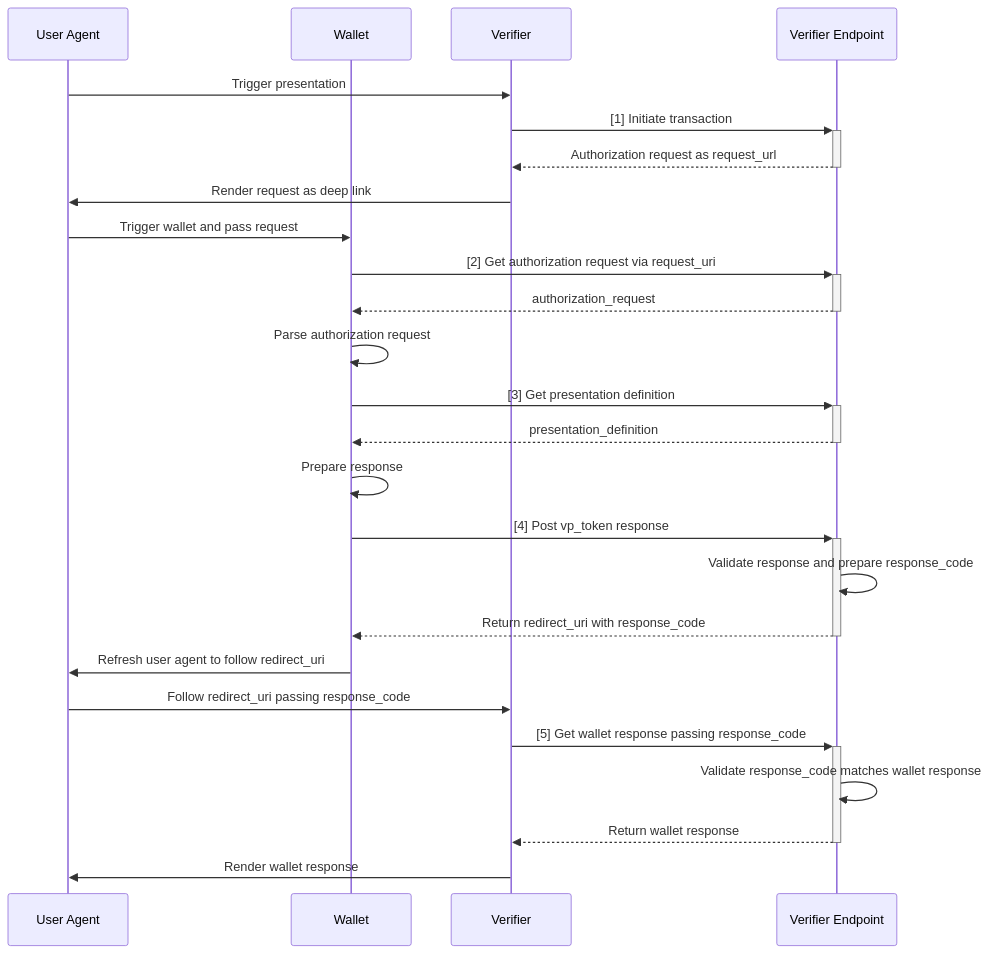
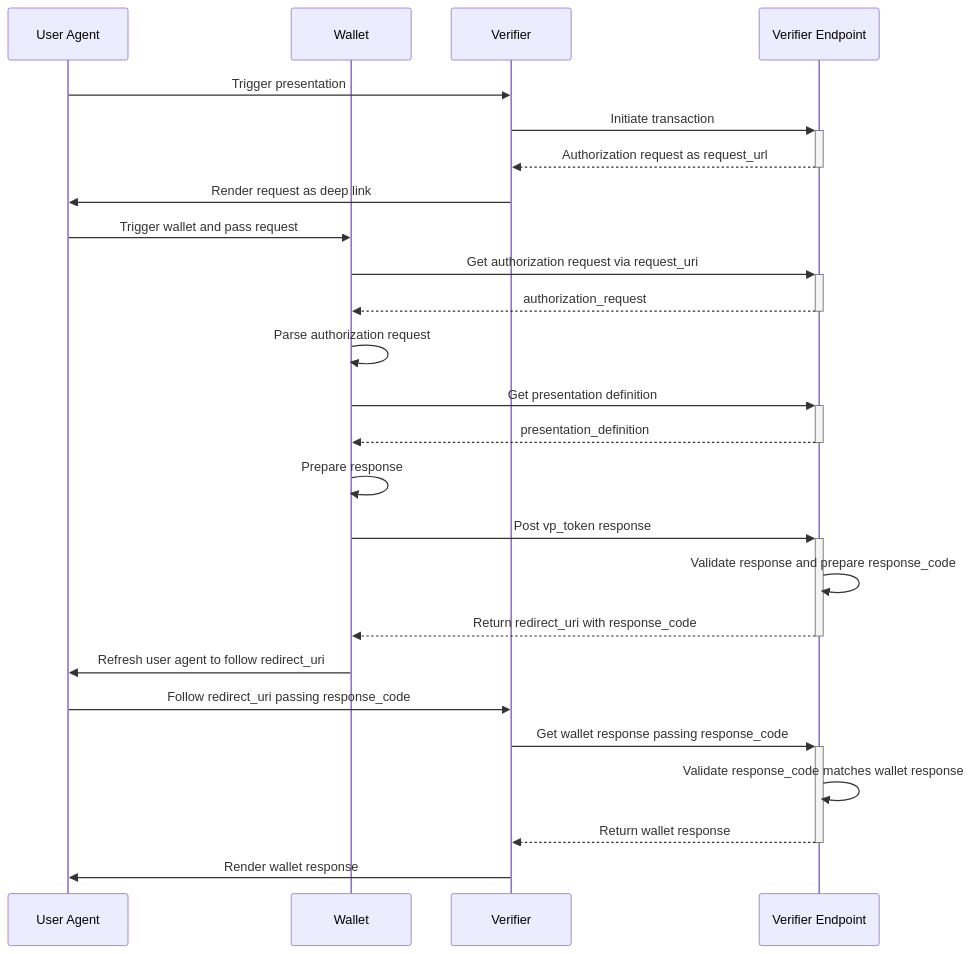
One commit to eu-digital-identity-wallet/eudi-srv-web-verifier-endpoint-23220-4-kt changed the first of 2 diagrams in README.md. Above: the diagram before and after it, drawn with Mermaid. The commit also changed other lines of this file, not shown here.

Commit message:
Remove numbers from sequence diagrams.

````diff
--- a/README.md
+++ b/README.md
@@ -68,37 +68,37 @@
 ```mermaid
 sequenceDiagram    
     participant UA as User Agent
     participant W as Wallet
     participant V as Verifier
     participant VE as Verifier Endpoint
     UA->>V: Trigger presentation 
     
-    V->>+VE: [1]    Initiate transaction
+    V->>+VE: Initiate transaction
     VE-->>-V: Authorization request as request_url
     
     V->>UA: Render request as deep link
     UA->>W: Trigger wallet and pass request
     
-    W->>+VE: [2] Get authorization request via request_uri 
+    W->>+VE: Get authorization request via request_uri 
     VE-->>-W: authorization_request
     
     W->>W: Parse authorization request
     
-    W->>+VE: [3] Get presentation definition 
+    W->>+VE: Get presentation definition 
     VE-->>-W: presentation_definition
     
     W->>W: Prepare response     
     
-    W->>+VE: [4] Post vp_token response 
+    W->>+VE: Post vp_token response 
     VE->>VE: Validate response and prepare response_code
     VE-->>-W: Return redirect_uri with response_code
     
     W->>UA: Refresh user agent to follow redirect_uri
     UA->>V: Follow redirect_uri passing response_code
     
-    V->>+VE: [5] Get wallet response passing response_code 
+    V->>+VE: Get wallet response passing response_code 
     VE->>VE: Validate response_code matches wallet response
     VE-->>-V: Return wallet response
     
     V->>UA: Render wallet response 
 ```
````
